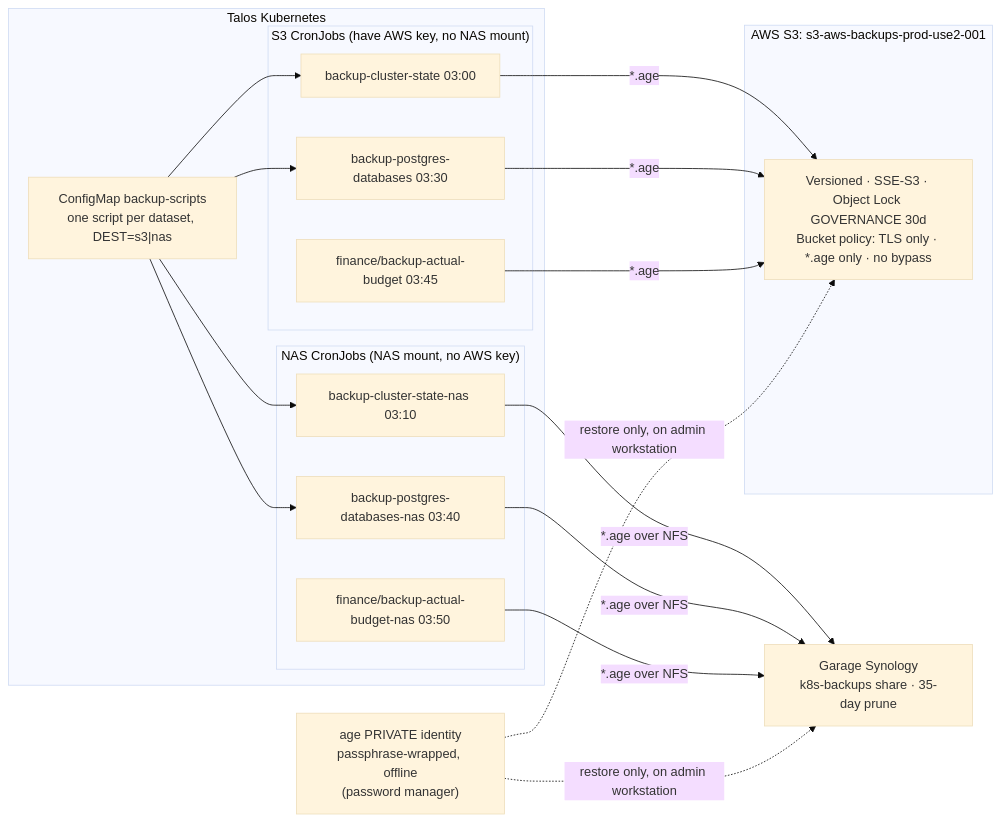
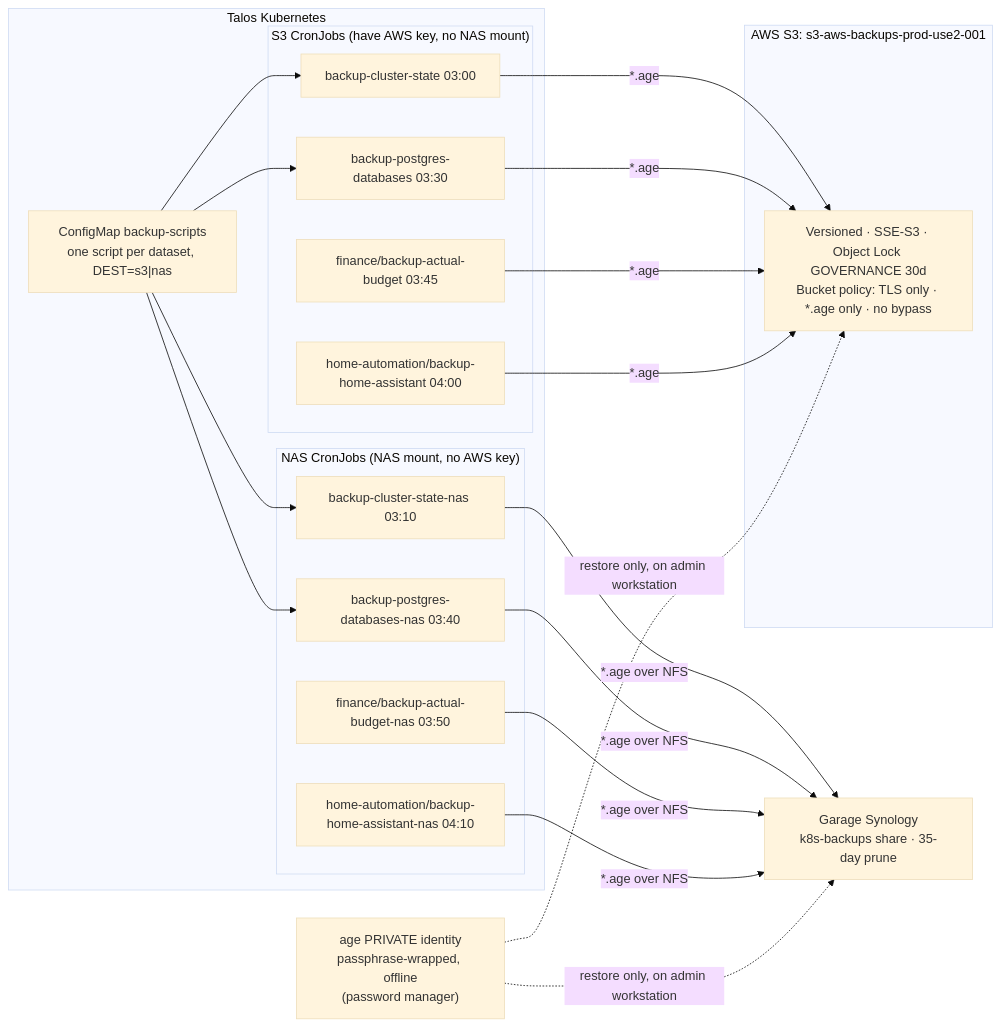
The diagram in kubernetes/infrastructure/backups/README.md (bar2sek/personal-technology), drawn with Mermaid (base theme) before and after one commit. The commit also changed other lines of this file and 7 other files, not shown here.

First line of the commit message:
feat(home-assistant): overhaul documentation and deployment configuration

````diff
--- a/kubernetes/infrastructure/backups/README.md
+++ b/kubernetes/infrastructure/backups/README.md
@@ -32,24 +32,26 @@
 ```mermaid
 graph LR
     subgraph Cluster["Talos Kubernetes"]
         SCR["ConfigMap backup-scripts<br/>one script per dataset, DEST=s3|nas"]
         subgraph Offsite["S3 CronJobs (have AWS key, no NAS mount)"]
             CS["backup-cluster-state 03:00"]
             PG["backup-postgres-databases 03:30"]
             AB["finance/backup-actual-budget 03:45"]
+            HA["home-automation/backup-home-assistant 04:00"]
         end
         subgraph Local["NAS CronJobs (NAS mount, no AWS key)"]
             CSN["backup-cluster-state-nas 03:10"]
             PGN["backup-postgres-databases-nas 03:40"]
             ABN["finance/backup-actual-budget-nas 03:50"]
+            HAN["home-automation/backup-home-assistant-nas 04:10"]
         end
     end
     SCR --> CS & PG & CSN & PGN
-    CS & PG & AB -->|"*.age"| S3
-    CSN & PGN & ABN -->|"*.age over NFS"| NAS
+    CS & PG & AB & HA -->|"*.age"| S3
+    CSN & PGN & ABN & HAN -->|"*.age over NFS"| NAS
     subgraph AWS["AWS S3: s3-aws-backups-prod-use2-001"]
         S3["Versioned · SSE-S3 · Object Lock GOVERNANCE 30d<br/>Bucket policy: TLS only · *.age only · no bypass"]
     end
     NAS["Garage Synology<br/>k8s-backups share · 35-day prune"]
     KEY["age PRIVATE identity<br/>passphrase-wrapped, offline<br/>(password manager)"] -.->|"restore only, on admin workstation"| S3 & NAS
 ```
````
